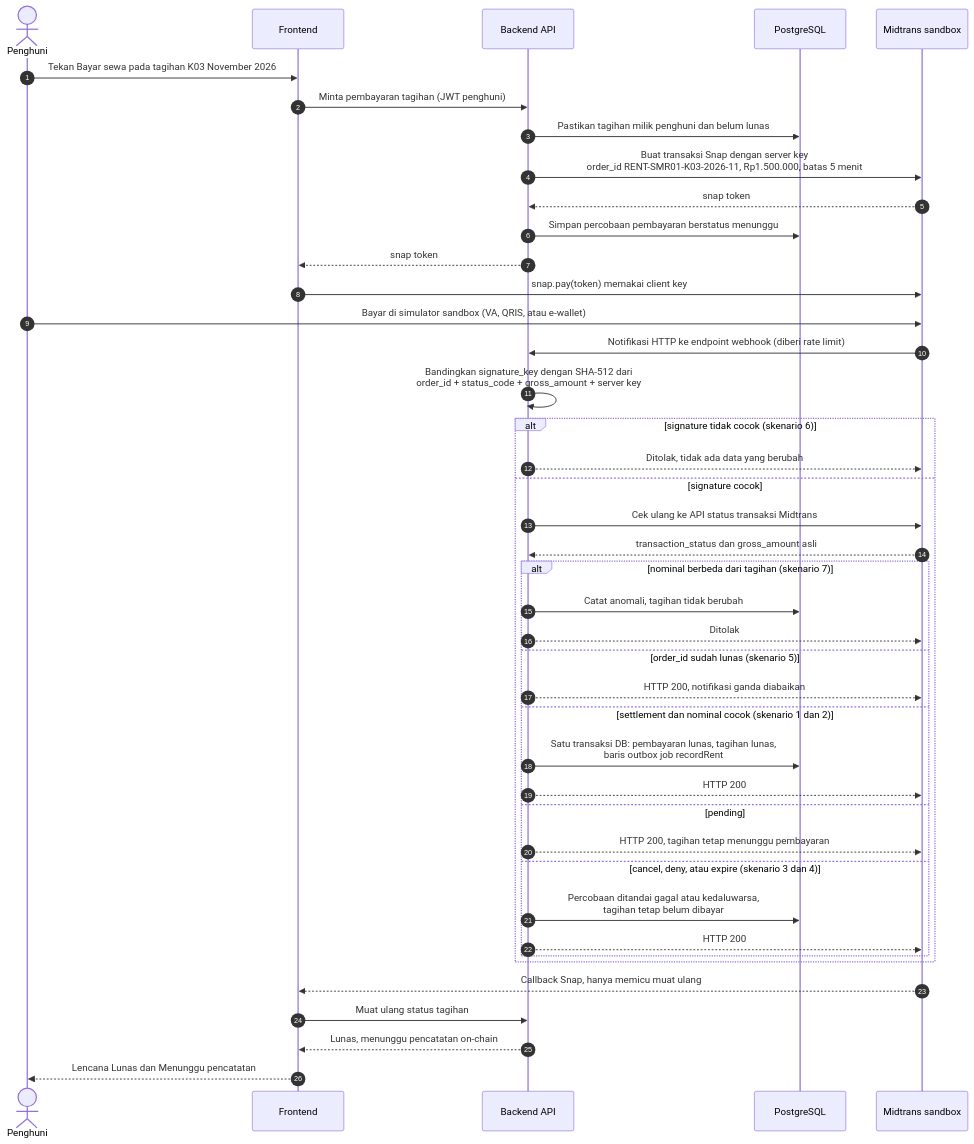
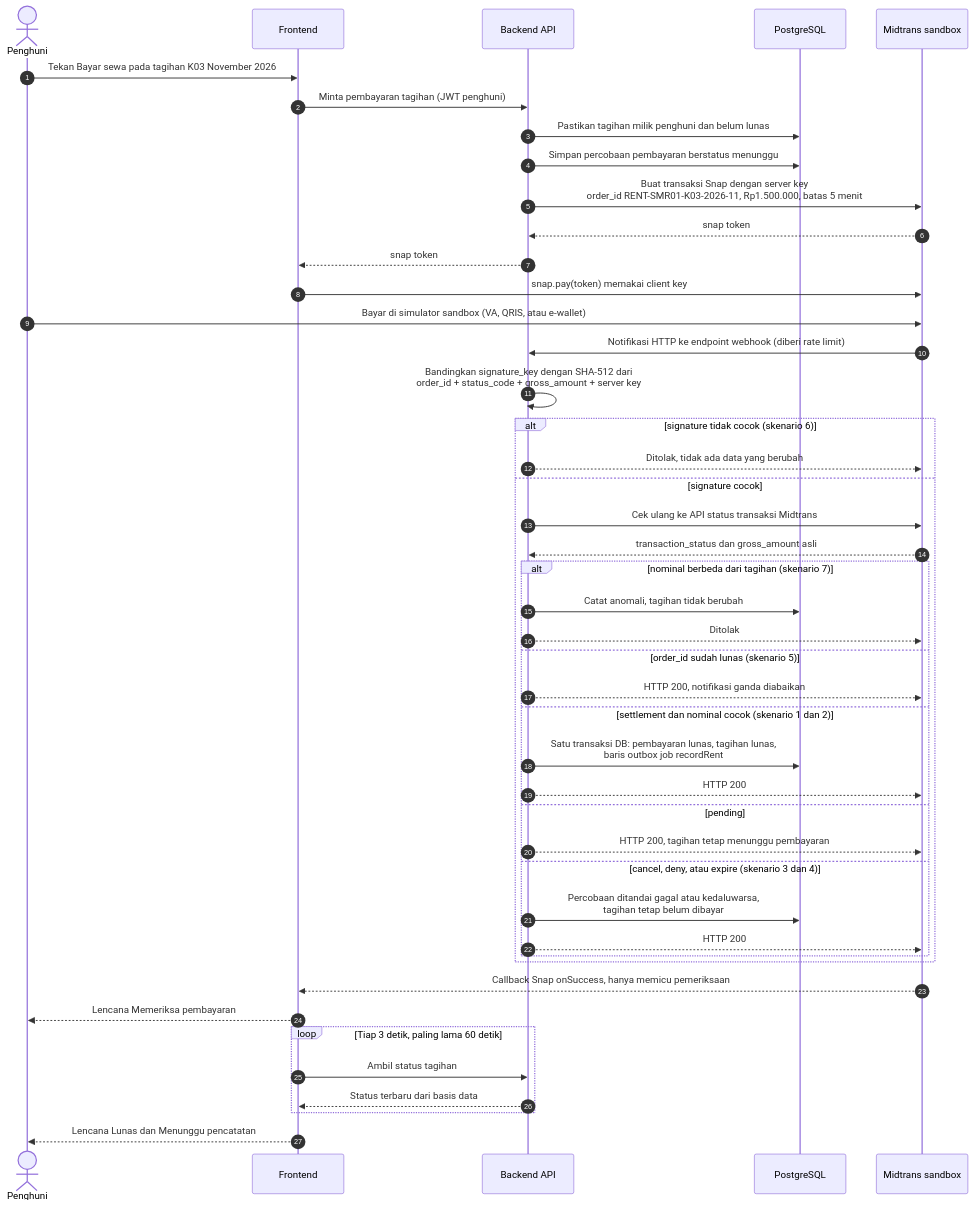
One commit to AhsanDz/kosbagi changed the fourth of 9 diagrams in docs/desain/arsitektur.md. Above: the diagram before and after it, drawn with Mermaid. The commit also changed other lines of this file and 4 other files, not shown here.

First line of the commit message:
docs: perbarui dokumen desain ke progress 2 dan ERD v2

````diff
--- a/docs/desain/arsitektur.md
+++ b/docs/desain/arsitektur.md
@@ -190,45 +190,48 @@
 ```mermaid
 sequenceDiagram
     autonumber
     actor P as Penghuni
     participant FE as Frontend
     participant API as Backend API
     participant DB as PostgreSQL
     participant MT as Midtrans sandbox
 
     P->>FE: Tekan Bayar sewa pada tagihan K03 November 2026
     FE->>API: Minta pembayaran tagihan (JWT penghuni)
     API->>DB: Pastikan tagihan milik penghuni dan belum lunas
+    API->>DB: Simpan percobaan pembayaran berstatus menunggu
     API->>MT: Buat transaksi Snap dengan server key<br/>order_id RENT-SMR01-K03-2026-11, Rp1.500.000, batas 5 menit
     MT-->>API: snap token
-    API->>DB: Simpan percobaan pembayaran berstatus menunggu
     API-->>FE: snap token
     FE->>MT: snap.pay(token) memakai client key
     P->>MT: Bayar di simulator sandbox (VA, QRIS, atau e-wallet)
     MT->>API: Notifikasi HTTP ke endpoint webhook (diberi rate limit)
     API->>API: Bandingkan signature_key dengan SHA-512 dari<br/>order_id + status_code + gross_amount + server key
     alt signature tidak cocok (skenario 6)
         API-->>MT: Ditolak, tidak ada data yang berubah
     else signature cocok
         API->>MT: Cek ulang ke API status transaksi Midtrans
         MT-->>API: transaction_status dan gross_amount asli
         alt nominal berbeda dari tagihan (skenario 7)
             API->>DB: Catat anomali, tagihan tidak berubah
             API-->>MT: Ditolak
         else order_id sudah lunas (skenario 5)
             API-->>MT: HTTP 200, notifikasi ganda diabaikan
         else settlement dan nominal cocok (skenario 1 dan 2)
             API->>DB: Satu transaksi DB: pembayaran lunas, tagihan lunas,<br/>baris outbox job recordRent
             API-->>MT: HTTP 200
         else pending
             API-->>MT: HTTP 200, tagihan tetap menunggu pembayaran
         else cancel, deny, atau expire (skenario 3 dan 4)
             API->>DB: Percobaan ditandai gagal atau kedaluwarsa,<br/>tagihan tetap belum dibayar
             API-->>MT: HTTP 200
         end
     end
-    MT-->>FE: Callback Snap, hanya memicu muat ulang
-    FE->>API: Muat ulang status tagihan
-    API-->>FE: Lunas, menunggu pencatatan on-chain
+    MT-->>FE: Callback Snap onSuccess, hanya memicu pemeriksaan
+    FE-->>P: Lencana Memeriksa pembayaran
+    loop Tiap 3 detik, paling lama 60 detik
+        FE->>API: Ambil status tagihan
+        API-->>FE: Status terbaru dari basis data
+    end
     FE-->>P: Lencana Lunas dan Menunggu pencatatan
 ```
````
